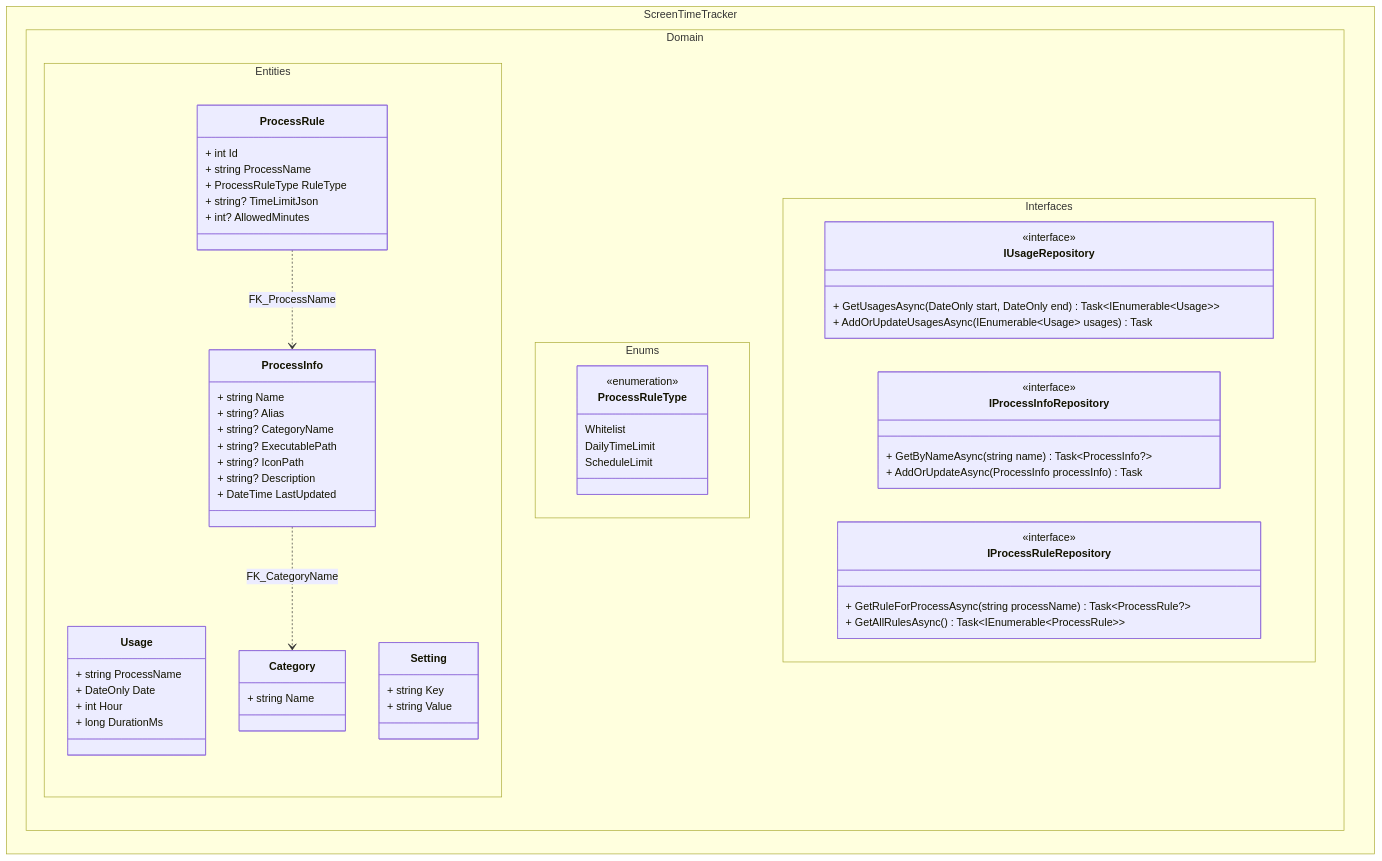
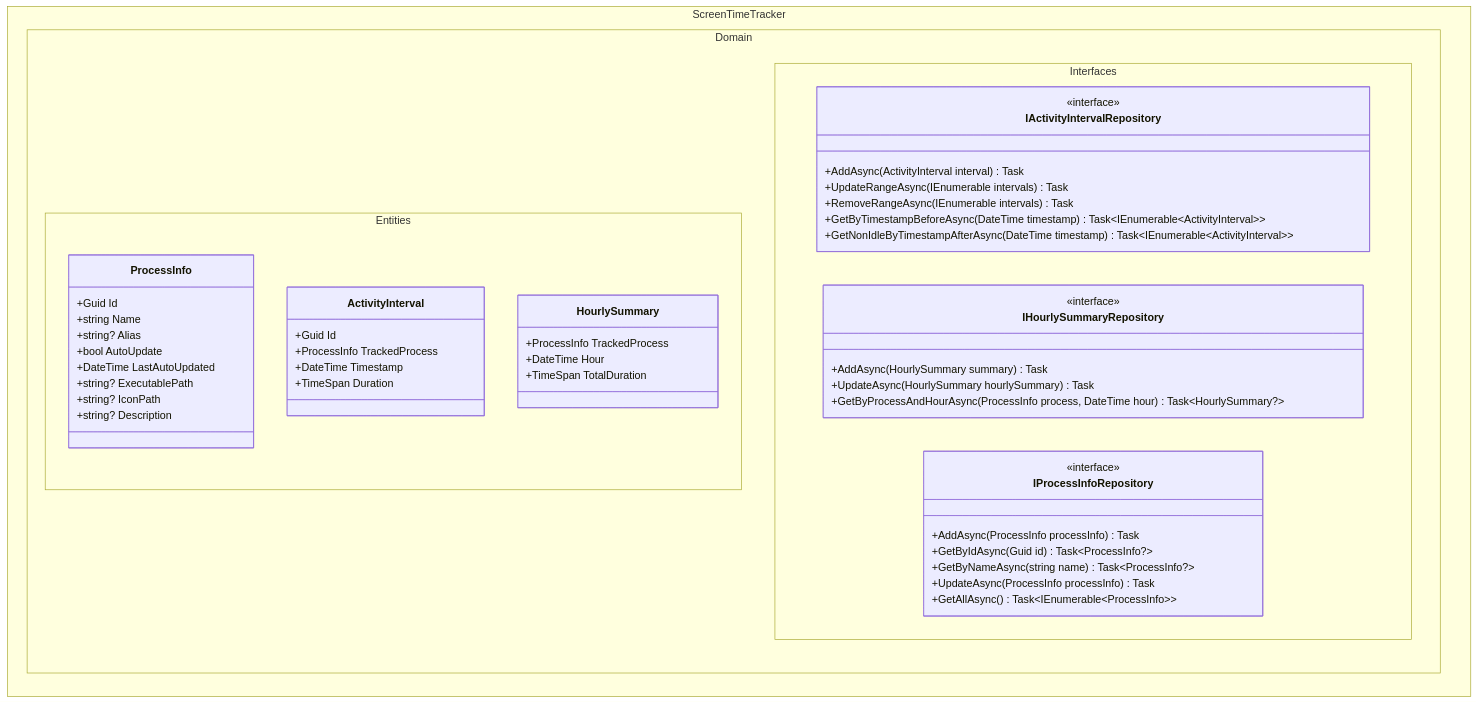
Before and after one commit to LaLa-HaHa-Hei/ScreenTimeTracker: the first of 6 diagrams in docs/detailed-design.md, drawn with Mermaid. The commit also changed other lines of this file and 131 other files, not shown here.

````diff
--- a/docs/detailed-design.md
+++ b/docs/detailed-design.md
@@ -2,65 +4,51 @@
 ```mermaid 
 classDiagram
-    direction TB
     namespace ScreenTimeTracker.Domain.Entities {
-        class Usage {
-            + string ProcessName
-            + DateOnly Date
-            + int Hour
-            + long DurationMs
+        class ProcessInfo {
+            +Guid Id
+            +string Name
+            +string? Alias
+            +bool AutoUpdate
+            +DateTime LastAutoUpdated
+            +string? ExecutablePath
+            +string? IconPath
+            +string? Description
         }
-        class ProcessInfo {
-            + string Name
-            + string? Alias
-            + string? CategoryName
-            + string? ExecutablePath
-            + string? IconPath
-            + string? Description
-            + DateTime LastUpdated
+        class ActivityInterval {
+            +Guid Id
+            +ProcessInfo TrackedProcess
+            +DateTime Timestamp
+            +TimeSpan Duration
         }
-        class ProcessRule {
-            + int Id
-            + string ProcessName
-            + ProcessRuleType RuleType
-            + string? TimeLimitJson
-            + int? AllowedMinutes
-        }
-        class Category {
-            + string Name
-        }
-        class Setting {
-             + string Key
-             + string Value
-        }
-    }
-    ProcessInfo ..> Category : FK_CategoryName
-    ProcessRule ..> ProcessInfo : FK_ProcessName
-
-    namespace ScreenTimeTracker.Domain.Enums {
-         class ProcessRuleType {
-            <<enumeration>>
-            Whitelist
-            DailyTimeLimit
-            ScheduleLimit
+        class HourlySummary {
+            +ProcessInfo TrackedProcess
+            +DateTime Hour
+            +TimeSpan TotalDuration
         }
     }
 
     namespace ScreenTimeTracker.Domain.Interfaces {
-        class IUsageRepository {
+        class IActivityIntervalRepository {
             <<interface>>
-            + GetUsagesAsync(DateOnly start, DateOnly end) Task~IEnumerable~Usage~~
-            + AddOrUpdateUsagesAsync(IEnumerable~Usage~ usages) Task
+            +AddAsync(ActivityInterval interval) Task
+            +UpdateRangeAsync(IEnumerable<ActivityInterval> intervals) Task
+            +RemoveRangeAsync(IEnumerable<ActivityInterval> intervals) Task
+            +GetByTimestampBeforeAsync(DateTime timestamp) Task~IEnumerable~ActivityInterval~~
+            +GetNonIdleByTimestampAfterAsync(DateTime timestamp) Task~IEnumerable~ActivityInterval~~
+        }
+        class IHourlySummaryRepository {
+            <<interface>>
+            +AddAsync(HourlySummary summary) Task
+            +UpdateAsync(HourlySummary hourlySummary) Task
+            +GetByProcessAndHourAsync(ProcessInfo process, DateTime hour) Task~HourlySummary?~
         }
         class IProcessInfoRepository {
             <<interface>>
-            + GetByNameAsync(string name) Task~ProcessInfo?~
-            + AddOrUpdateAsync(ProcessInfo processInfo) Task
-        }
-        class IProcessRuleRepository {
-            <<interface>>
-            + GetRuleForProcessAsync(string processName) Task~ProcessRule?~
-            + GetAllRulesAsync() Task~IEnumerable~ProcessRule~~
-            %% ... 其他CRUD方法 ...
+            +AddAsync(ProcessInfo processInfo) Task
+            +GetByIdAsync(Guid id) Task~ProcessInfo?~
+            +GetByNameAsync(string name) Task~ProcessInfo?~
+            +UpdateAsync(ProcessInfo processInfo) Task
+            +GetAllAsync() Task~IEnumerable~ProcessInfo~~
         }
     }
 ```
````
